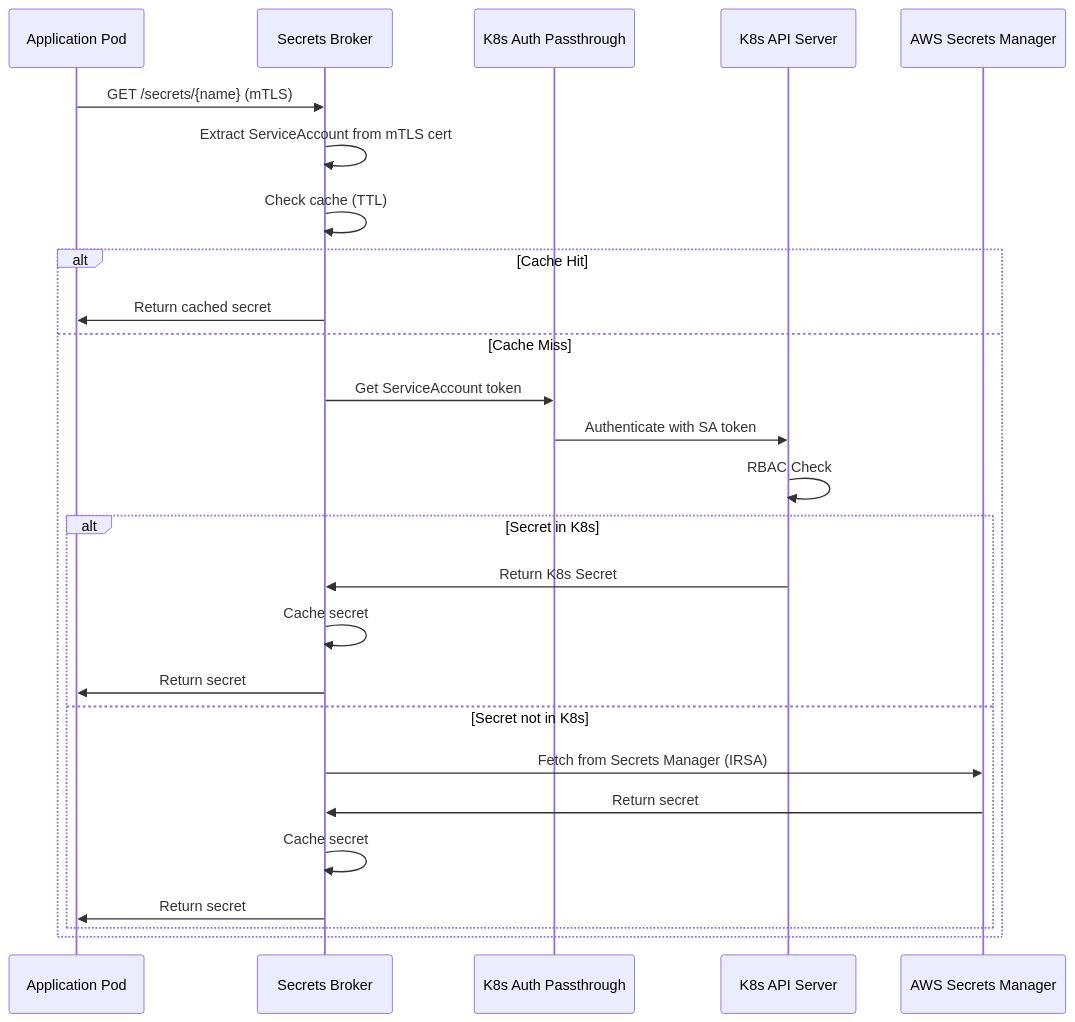
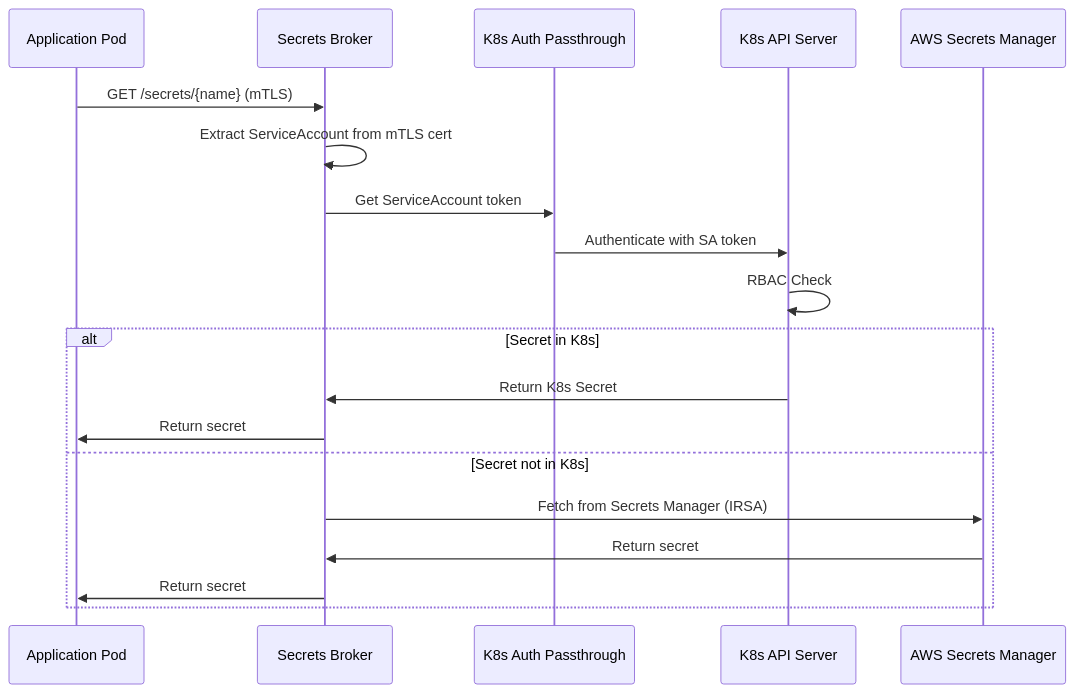
One commit to caretak3r/secrets-router changed the second of 9 diagrams in ADR.md. Above: the diagram before and after it, drawn with Mermaid. The commit also changed other lines of this file, not shown here.

````diff
--- a/ADR.md
+++ b/ADR.md
@@ -83,30 +82,22 @@
 ```mermaid
 sequenceDiagram
     participant App as Application Pod
     participant SB as Secrets Broker
     participant Auth as K8s Auth Passthrough
     participant K8S as K8s API Server
     participant AWS as AWS Secrets Manager
     
     App->>SB: GET /secrets/{name} (mTLS)
     SB->>SB: Extract ServiceAccount from mTLS cert
-    SB->>SB: Check cache (TTL)
-    
-    alt Cache Hit
-        SB->>App: Return cached secret
-    else Cache Miss
-        SB->>Auth: Get ServiceAccount token
-        Auth->>K8S: Authenticate with SA token
-        K8S->>K8S: RBAC Check
-        alt Secret in K8s
-            K8S->>SB: Return K8s Secret
-            SB->>SB: Cache secret
-            SB->>App: Return secret
-        else Secret not in K8s
-            SB->>AWS: Fetch from Secrets Manager (IRSA)
-            AWS->>SB: Return secret
-            SB->>SB: Cache secret
-            SB->>App: Return secret
-        end
+    SB->>Auth: Get ServiceAccount token
+    Auth->>K8S: Authenticate with SA token
+    K8S->>K8S: RBAC Check
+    alt Secret in K8s
+        K8S->>SB: Return K8s Secret
+        SB->>App: Return secret
+    else Secret not in K8s
+        SB->>AWS: Fetch from Secrets Manager (IRSA)
+        AWS->>SB: Return secret
+        SB->>App: Return secret
     end
 ```
````
